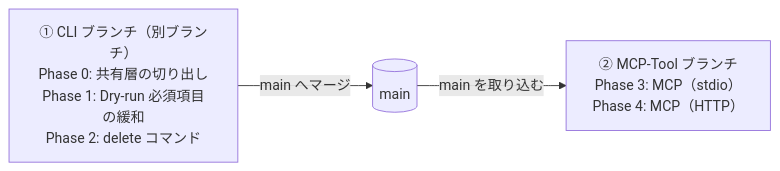
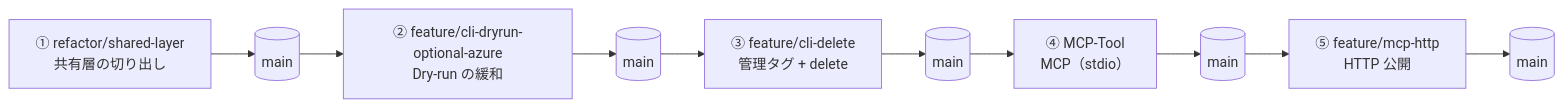
Before and after one commit to yamadakou/timetracker-deployment-tool: the first of 3 diagrams in docs/MCP_TOOL_DESIGN.md, drawn with Mermaid. The commit also changed other lines of this file, not shown here.

First line of the commit message:
docs: MCP ツール設計案を第 3 版に更新（ブランチ計画・管理タグ・HTTP の権限方式）

````diff
--- a/docs/MCP_TOOL_DESIGN.md
+++ b/docs/MCP_TOOL_DESIGN.md
@@ -41,5 +50,8 @@
 ```mermaid
 flowchart LR
-  A["① CLI ブランチ（別ブランチ）<br/>Phase 0: 共有層の切り出し<br/>Phase 1: Dry-run 必須項目の緩和<br/>Phase 2: delete コマンド"] -->|main へマージ| M[(main)]
-  M -->|main を取り込む| B["② MCP-Tool ブランチ<br/>Phase 3: MCP（stdio）<br/>Phase 4: MCP（HTTP）"]
+  B1["① refactor/shared-layer<br/>共有層の切り出し"] --> M1[(main)]
+  M1 --> B2["② feature/cli-dryrun-optional-azure<br/>Dry-run の緩和"] --> M2[(main)]
+  M2 --> B3["③ feature/cli-delete<br/>管理タグ + delete"] --> M3[(main)]
+  M3 --> B4["④ MCP-Tool<br/>MCP（stdio）"] --> M4[(main)]
+  M4 --> B5["⑤ feature/mcp-http<br/>HTTP 公開"] --> M5[(main)]
 ```
````
